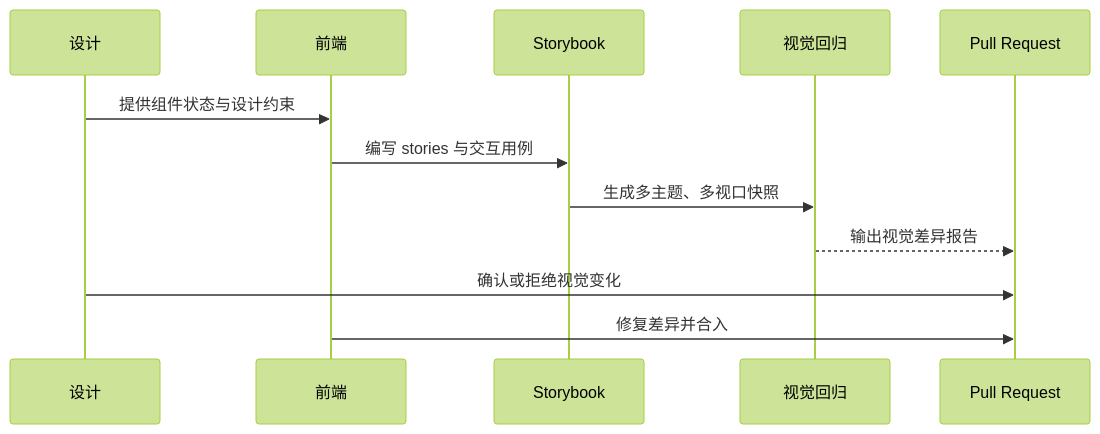
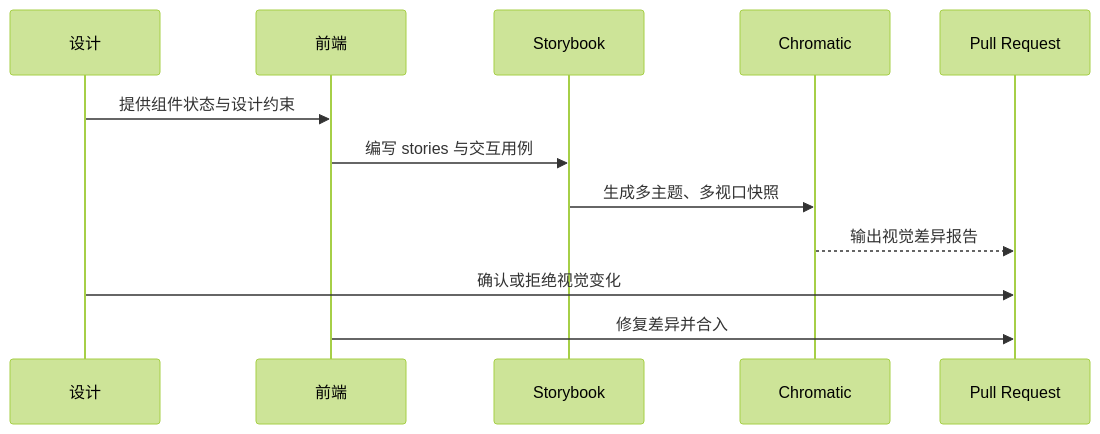
One commit to Lee-NG915/cBlog changed the second of 6 diagrams in content/posts/technical/2026/design-system-cdd-practice/index.md. Above: the diagram before and after it, drawn with Mermaid (forest theme). The commit also changed other lines of this file and 1 other file, not shown here.

Commit message:
refactor: enhance design system post with detailed insights on component library architecture, visual regression strategies, and multi-market feature management for improved clarity and depth

````diff
--- a/content/posts/technical/2026/design-system-cdd-practice/index.md
+++ b/content/posts/technical/2026/design-system-cdd-practice/index.md
@@ -142,15 +101,15 @@
 ```mermaid
 sequenceDiagram
   participant D as 设计
   participant FE as 前端
   participant SB as Storybook
-  participant VR as 视觉回归
+  participant VR as Chromatic
   participant PR as Pull Request
 
   D->>FE: 提供组件状态与设计约束
   FE->>SB: 编写 stories 与交互用例
   SB->>VR: 生成多主题、多视口快照
   VR-->>PR: 输出视觉差异报告
   D->>PR: 确认或拒绝视觉变化
   FE->>PR: 修复差异并合入
 ```
````
